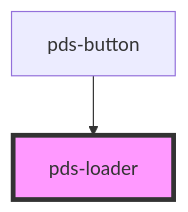
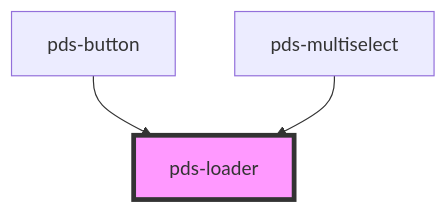
One commit to Kajabi/pine changed the diagram in libs/core/src/components/pds-loader/readme.md. Above: the diagram before and after it, drawn with Mermaid. The commit also changed other lines of this file and 11 other files, not shown here.

Commit message:
feat(pds-multiselect): add pdsmultiselect

````diff
--- a/libs/core/src/components/pds-loader/readme.md
+++ b/libs/core/src/components/pds-loader/readme.md
@@ -39,5 +40,6 @@
 ```mermaid
 graph TD;
   pds-button --> pds-loader
+  pds-multiselect --> pds-loader
   style pds-loader fill:#f9f,stroke:#333,stroke-width:4px
 ```
````
